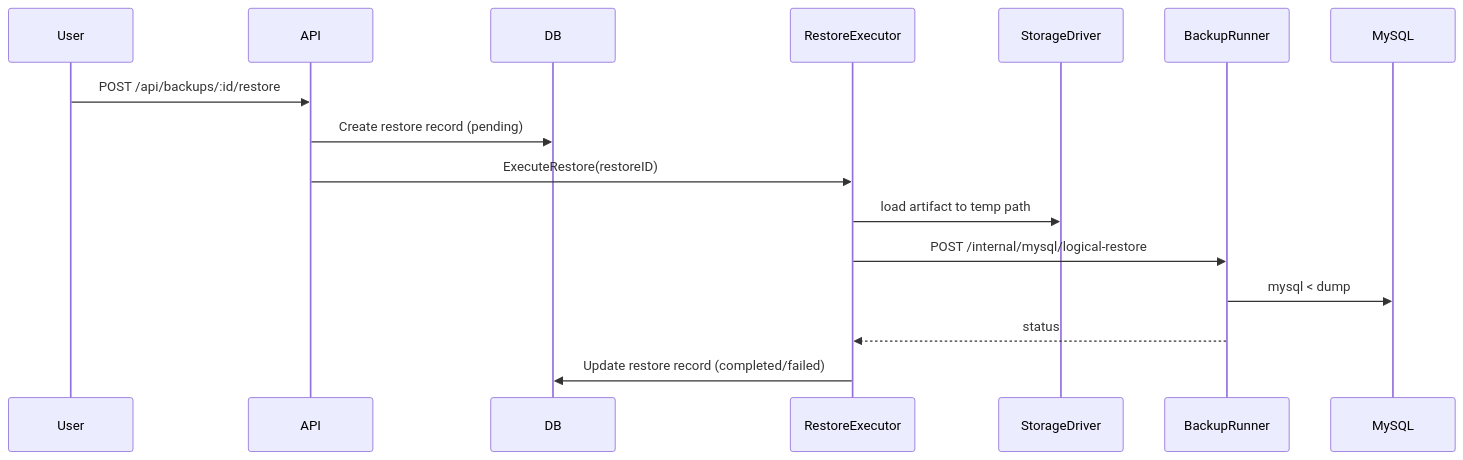
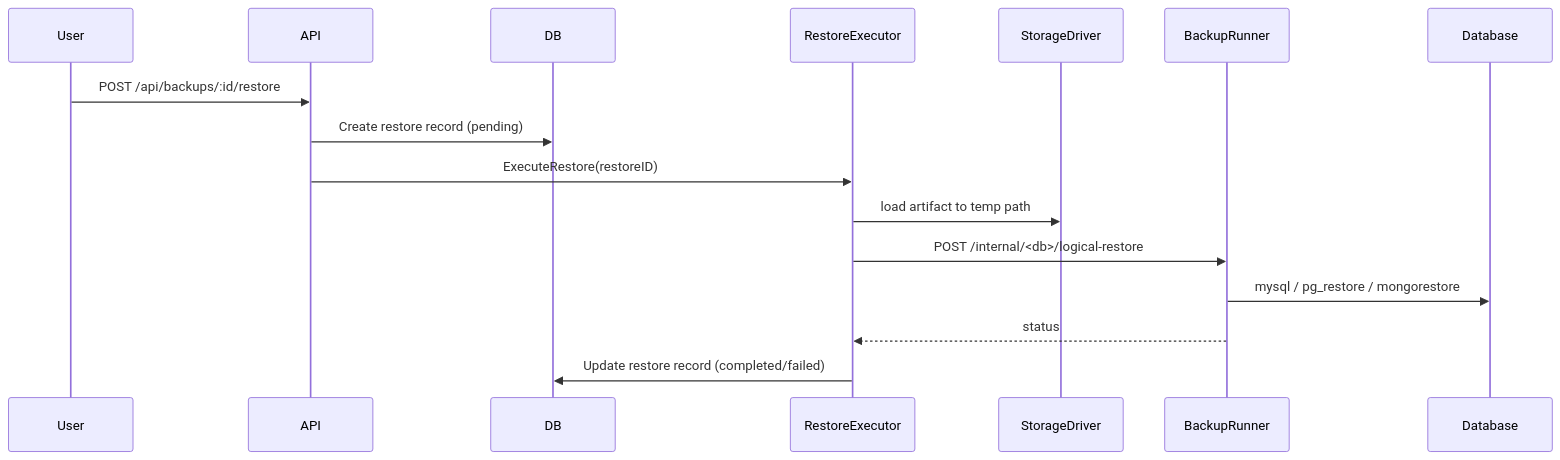
One commit to OpenViCloud/tango changed the sixth of 9 diagrams in roadmap/ARCHITECTURE.md. Above: the diagram before and after it, drawn with Mermaid. The commit also changed other lines of this file and 4 other files, not shown here.

Commit message:
docs: sync backend skills with backup runner support

````diff
--- a/roadmap/ARCHITECTURE.md
+++ b/roadmap/ARCHITECTURE.md
@@ -205,11 +206,11 @@
 ```mermaid
 sequenceDiagram
     User->>API: POST /api/backups/:id/restore
     API->>DB: Create restore record (pending)
     API->>RestoreExecutor: ExecuteRestore(restoreID)
     RestoreExecutor->>StorageDriver: load artifact to temp path
-    RestoreExecutor->>BackupRunner: POST /internal/mysql/logical-restore
-    BackupRunner->>MySQL: mysql < dump
+    RestoreExecutor->>BackupRunner: POST /internal/<db>/logical-restore
+    BackupRunner->>Database: mysql / pg_restore / mongorestore
     BackupRunner-->>RestoreExecutor: status
     RestoreExecutor->>DB: Update restore record (completed/failed)
 ```
````
